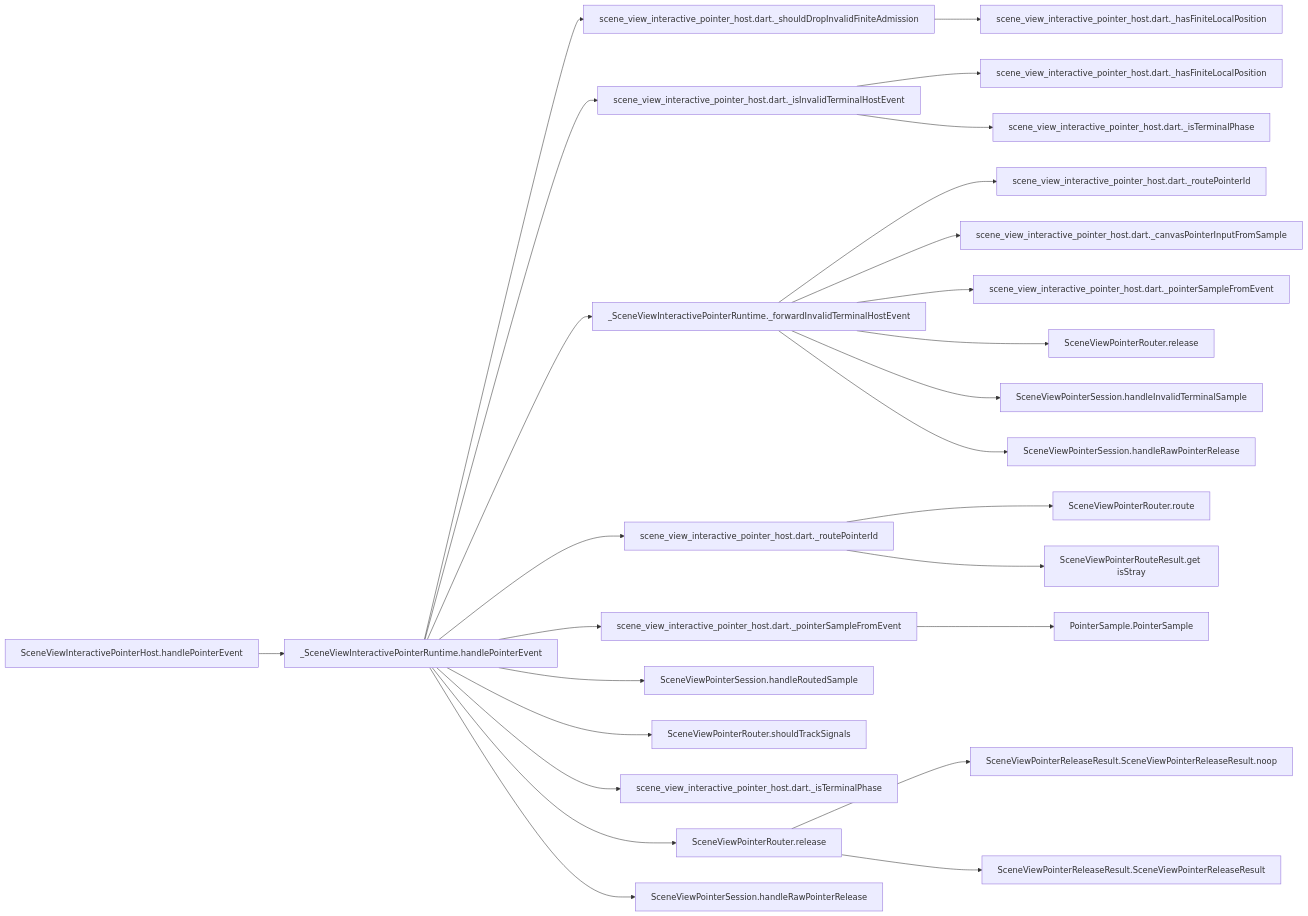
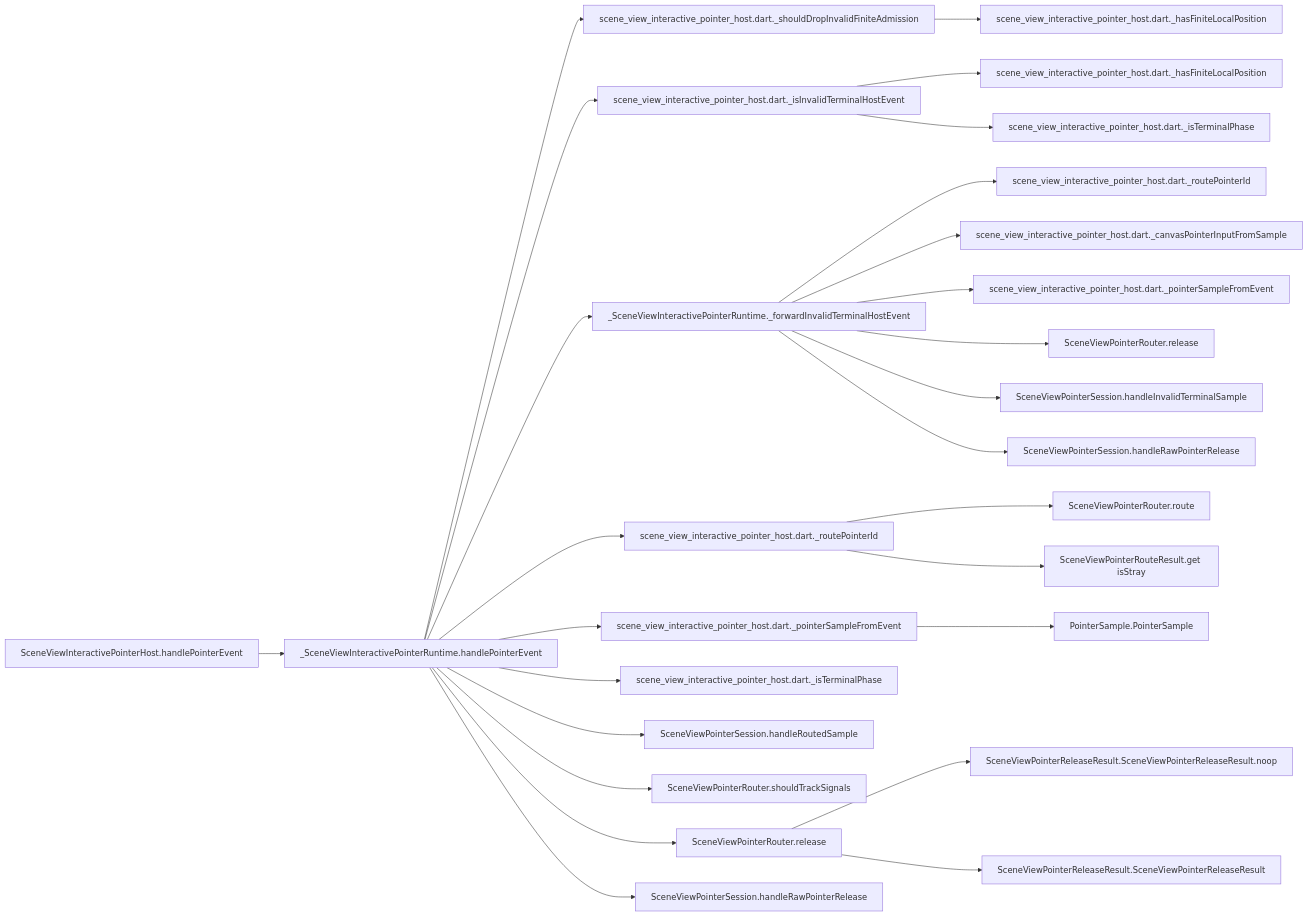
The diagram in docs/architecture/evidence/pointer_input_flow.md (GreatPika/iwb_canvas_engine), drawn with Mermaid before and after one commit. The commit also changed 12 other files, not shown here.

````diff
--- a/docs/architecture/evidence/pointer_input_flow.md
+++ b/docs/architecture/evidence/pointer_input_flow.md
@@ -1,55 +1,55 @@
 ```mermaid
 flowchart LR
   N0["SceneViewInteractivePointerHost.handlePointerEvent"]
   N1["_SceneViewInteractivePointerRuntime.handlePointerEvent"]
   N0 --> N1
   N2["scene_view_interactive_pointer_host.dart._shouldDropInvalidFiniteAdmission"]
   N1 --> N2
   N3["scene_view_interactive_pointer_host.dart._hasFiniteLocalPosition"]
   N2 --> N3
   N4["scene_view_interactive_pointer_host.dart._isInvalidTerminalHostEvent"]
   N1 --> N4
   N5["scene_view_interactive_pointer_host.dart._hasFiniteLocalPosition"]
   N4 --> N5
   N6["scene_view_interactive_pointer_host.dart._isTerminalPhase"]
   N4 --> N6
   N7["_SceneViewInteractivePointerRuntime._forwardInvalidTerminalHostEvent"]
   N1 --> N7
   N8["scene_view_interactive_pointer_host.dart._routePointerId"]
   N7 --> N8
   N9["scene_view_interactive_pointer_host.dart._canvasPointerInputFromSample"]
   N7 --> N9
   N10["scene_view_interactive_pointer_host.dart._pointerSampleFromEvent"]
   N7 --> N10
   N11["SceneViewPointerRouter.release"]
   N7 --> N11
   N12["SceneViewPointerSession.handleInvalidTerminalSample"]
   N7 --> N12
   N13["SceneViewPointerSession.handleRawPointerRelease"]
   N7 --> N13
   N14["scene_view_interactive_pointer_host.dart._routePointerId"]
   N1 --> N14
   N15["SceneViewPointerRouter.route"]
   N14 --> N15
   N16["SceneViewPointerRouteResult.get isStray"]
   N14 --> N16
   N17["scene_view_interactive_pointer_host.dart._pointerSampleFromEvent"]
   N1 --> N17
   N18["PointerSample.PointerSample"]
   N17 --> N18
-  N19["SceneViewPointerSession.handleRoutedSample"]
+  N19["scene_view_interactive_pointer_host.dart._isTerminalPhase"]
   N1 --> N19
-  N20["SceneViewPointerRouter.shouldTrackSignals"]
+  N20["SceneViewPointerSession.handleRoutedSample"]
   N1 --> N20
-  N21["scene_view_interactive_pointer_host.dart._isTerminalPhase"]
+  N21["SceneViewPointerRouter.shouldTrackSignals"]
   N1 --> N21
   N22["SceneViewPointerRouter.release"]
   N1 --> N22
   N23["SceneViewPointerReleaseResult.SceneViewPointerReleaseResult.noop"]
   N22 --> N23
   N24["SceneViewPointerReleaseResult.SceneViewPointerReleaseResult"]
   N22 --> N24
   N25["SceneViewPointerSession.handleRawPointerRelease"]
   N1 --> N25
 
 ```
````
